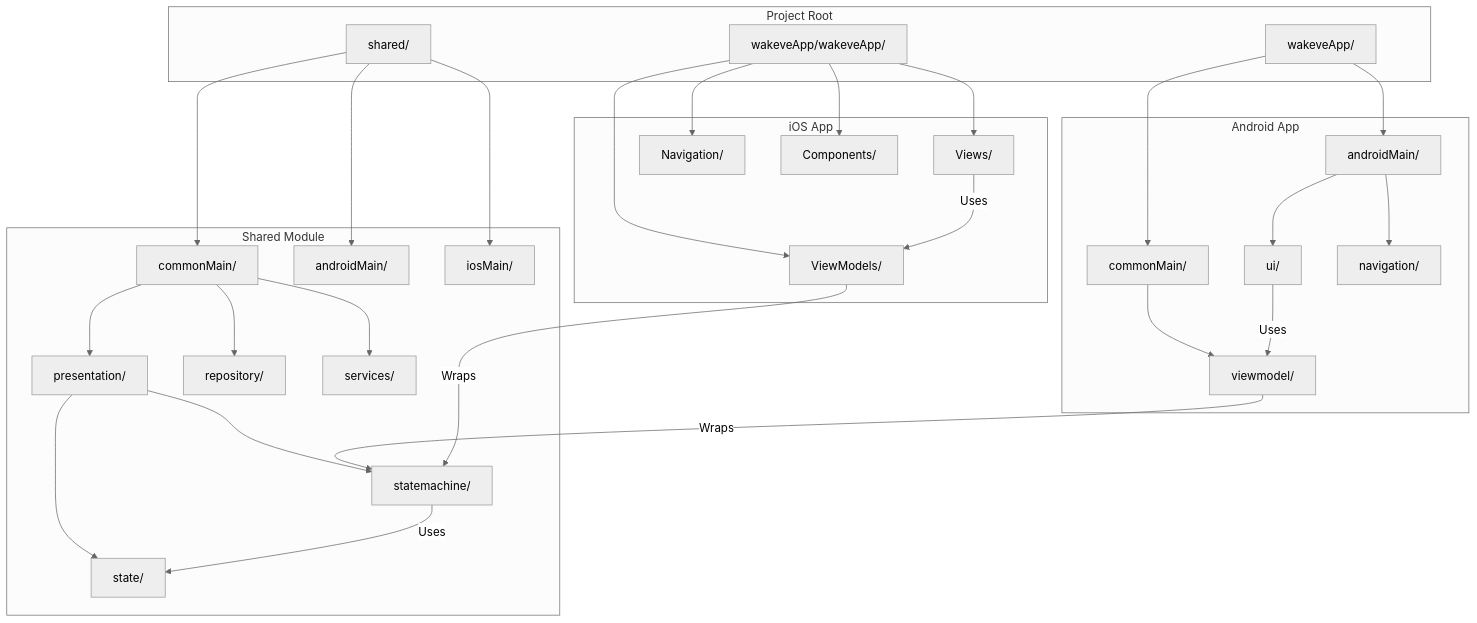
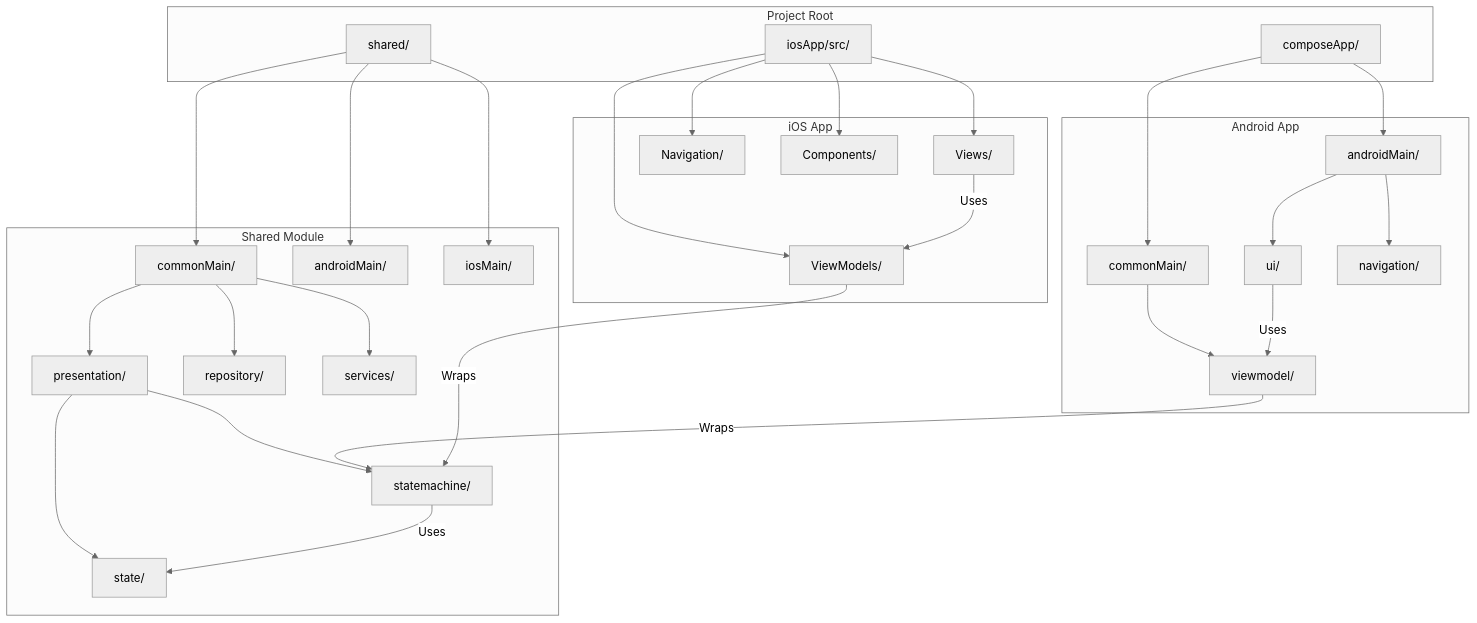
Before and after one commit to guyghost/wakeve: the tenth of 12 diagrams in docs/STATE_ARCHITECTURE_MERMAID.md, drawn with Mermaid (neutral theme). The commit also changed 59 other files, not shown here.

Commit message:
Update docs for composeApp and iosApp paths

````diff
--- a/docs/STATE_ARCHITECTURE_MERMAID.md
+++ b/docs/STATE_ARCHITECTURE_MERMAID.md
@@ -330,44 +330,44 @@
 ```mermaid
 graph TD
     subgraph "Project Root"
         SHARED[shared/]
-        ANDROID[wakeveApp/]
-        IOS[wakeveApp/wakeveApp/]
+        ANDROID[composeApp/]
+        IOS[iosApp/src/]
     end
 
     subgraph "Shared Module"
         SHARED --> COMMON[commonMain/]
         SHARED --> ANDROID_MAIN[androidMain/]
         SHARED --> IOS_MAIN[iosMain/]
         
         COMMON --> PRESENTATION[presentation/]
         COMMON --> REPOSITORIES[repository/]
         COMMON --> SERVICES[services/]
         
         PRESENTATION --> SM[statemachine/]
         PRESENTATION --> CONTRACTS[state/]
     end
 
     subgraph "Android App"
         ANDROID --> A_COMMON[commonMain/]
         ANDROID --> A_ANDROID[androidMain/]
         
         A_COMMON --> VIEWMODELS[viewmodel/]
         A_ANDROID --> UI[ui/]
         A_ANDROID --> NAV[navigation/]
     end
 
     subgraph "iOS App"
         IOS --> SWIFT_VIEWMODELS[ViewModels/]
         IOS --> VIEWS[Views/]
         IOS --> NAV_IOS[Navigation/]
         IOS --> COMPONENTS[Components/]
     end
 
     SM -->|Uses| CONTRACTS
     VIEWMODELS -->|Wraps| SM
     SWIFT_VIEWMODELS -->|Wraps| SM
     
     UI -->|Uses| VIEWMODELS
     VIEWS -->|Uses| SWIFT_VIEWMODELS
 ```
````
